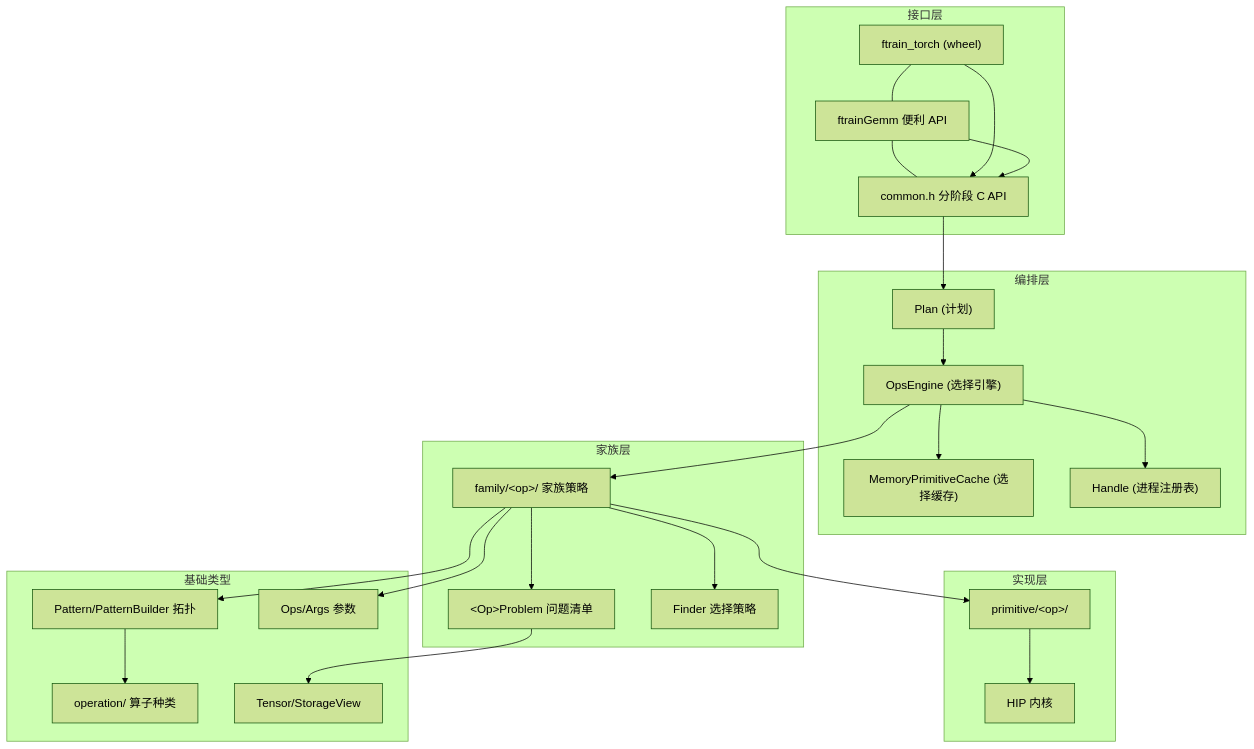
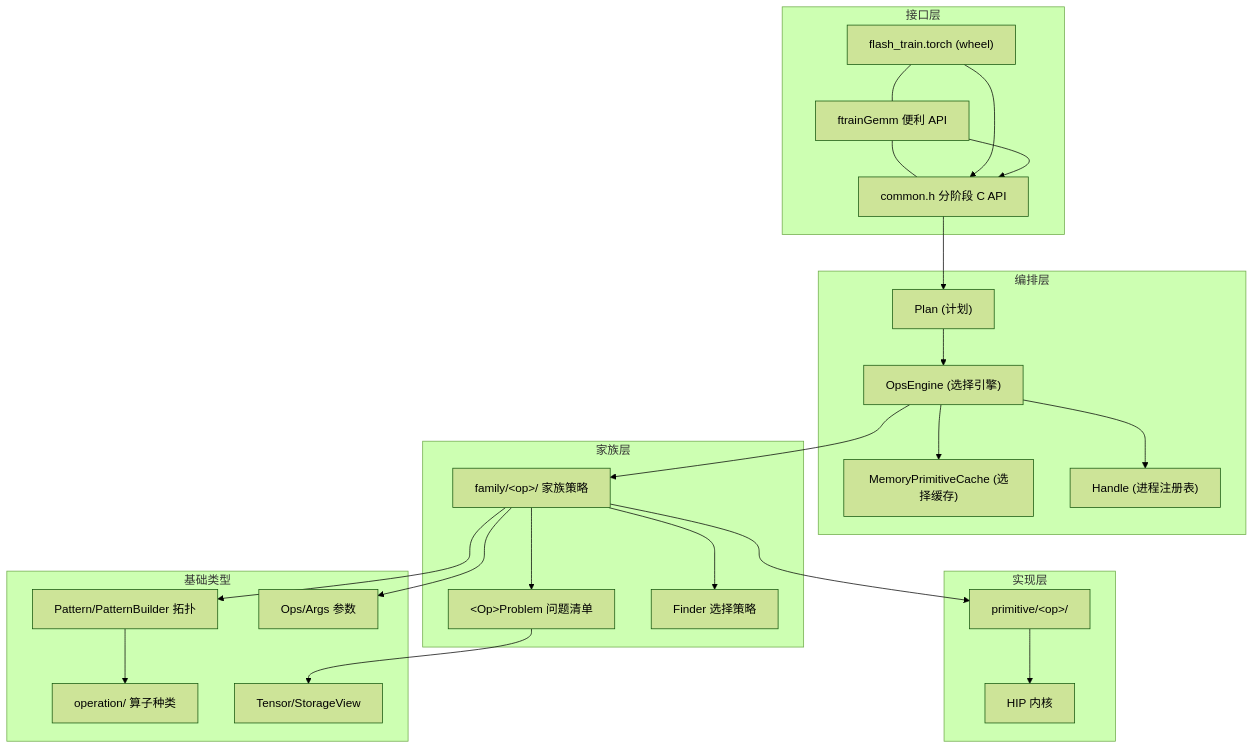
One commit to HYGON-AI/flash-train changed the first of 2 diagrams in docs/architecture.md. Above: the diagram before and after it, drawn with Mermaid (forest theme). The commit also changed other lines of this file and 18 other files, not shown here.

First line of the commit message:
feat(python): flash_train umbrella package and rebuilt wheel build system (#11)

````diff
--- a/docs/architecture.md
+++ b/docs/architecture.md
@@ -7,38 +7,38 @@
 ```mermaid
 flowchart TB
     subgraph 接口层
-        TORCH["ftrain_torch (wheel)"] --- CONV["ftrainGemm 便利 API"]
+        TORCH["flash_train.torch (wheel)"] --- CONV["ftrainGemm 便利 API"]
         CONV --- STAGED["common.h 分阶段 C API"]
     end
     subgraph 编排层
         PLAN["Plan (计划)"]
         ENGINE["OpsEngine (选择引擎)"]
         CACHE["MemoryPrimitiveCache (选择缓存)"]
         HANDLE["Handle (进程注册表)"]
     end
     subgraph 家族层
         FAM["family/&lt;op&gt;/ 家族策略"]
         PROB["&lt;Op&gt;Problem 问题清单"]
         FINDER["Finder 选择策略"]
     end
     subgraph 实现层
         PRIM["primitive/&lt;op&gt;/"]
         KERNEL["HIP 内核"]
     end
     subgraph 基础类型
         OP["operation/ 算子种类"]
         PAT["Pattern/PatternBuilder 拓扑"]
         ARGS["Ops/Args 参数"]
         T["Tensor/StorageView"]
     end
     TORCH --> STAGED
     CONV --> STAGED
     STAGED --> PLAN --> ENGINE
     ENGINE --> FAM
     FAM --> PROB & FINDER & PRIM
     ENGINE --> CACHE & HANDLE
     PRIM --> KERNEL
     PROB --> T
     FAM --> PAT & ARGS
     PAT --> OP
 ```
````
